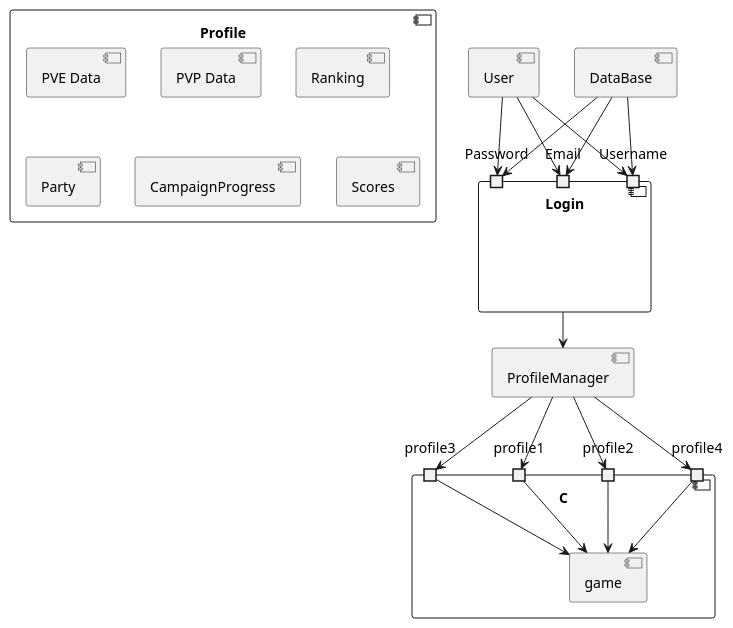
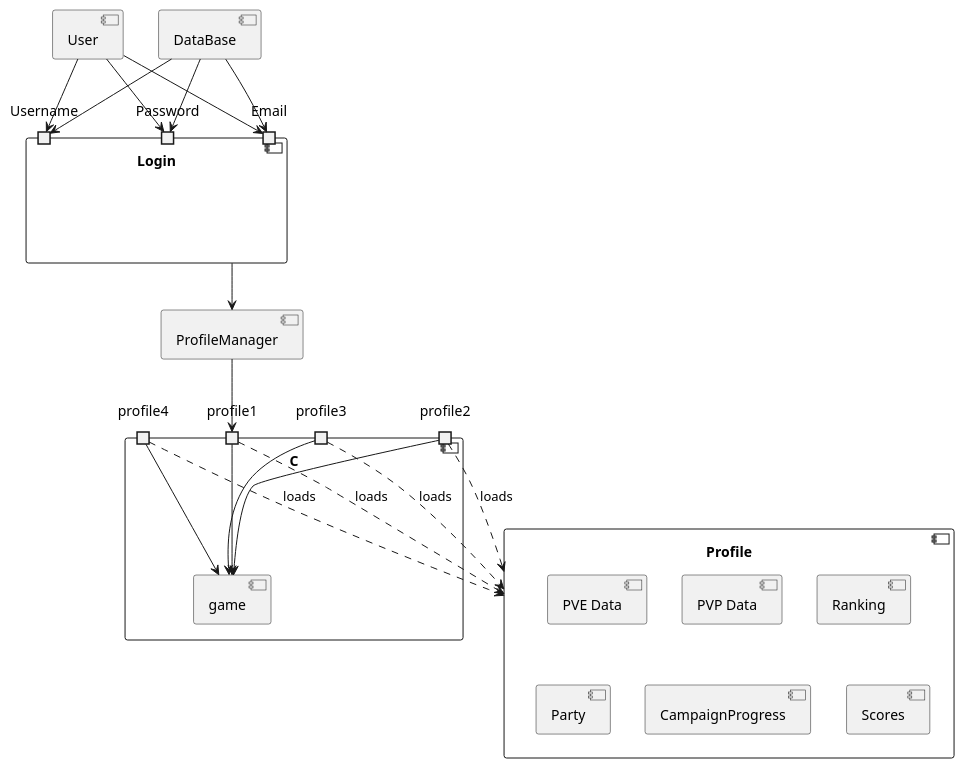
Before and after one commit to JosefG50/2203-Legends-of-Sword-and-Wand: the diagram in rpg-legends/docs/uml/component.plantuml, drawn with PlantUML. The commit also changed 27 other files, not shown here.

Commit message:
docs(component): implement profile-to-session mapping and game architecture

```diff
--- a/rpg-legends/docs/uml/component.plantuml
+++ b/rpg-legends/docs/uml/component.plantuml
@@ -1,54 +1,56 @@
 @startuml
 
 component [Profile] {
   [PVE Data]
   [PVP Data]
   component Ranking
   component Party
   component CampaignProgress
   component Scores
 
 }
 
 [User]
 [DataBase]
 
 component [Login]{
     portin Username
     portin Password
     portin Email
 }
 
 
 
 component [ProfileManager]
+
 component C {
   portin profile1
   portin profile2
   portin profile3
   portin profile4
   component game
 }
 
 User --> Username
 User --> Password
 User --> Email
 DataBase --> Username
 DataBase --> Password
 DataBase --> Email
 
 
 Login --> ProfileManager
 
-ProfileManager --> profile1
-ProfileManager --> profile2
-ProfileManager --> profile3
-ProfileManager --> profile4
+profile1 ..> Profile : loads
+profile2 ..> Profile : loads
+profile3 ..> Profile : loads
+profile4 ..> Profile : loads
+
+
 profile1 --> game
 profile2 --> game
 profile3 --> game
 profile4 --> game
 
-
-
+ProfileManager --> profile1
 @enduml
```
